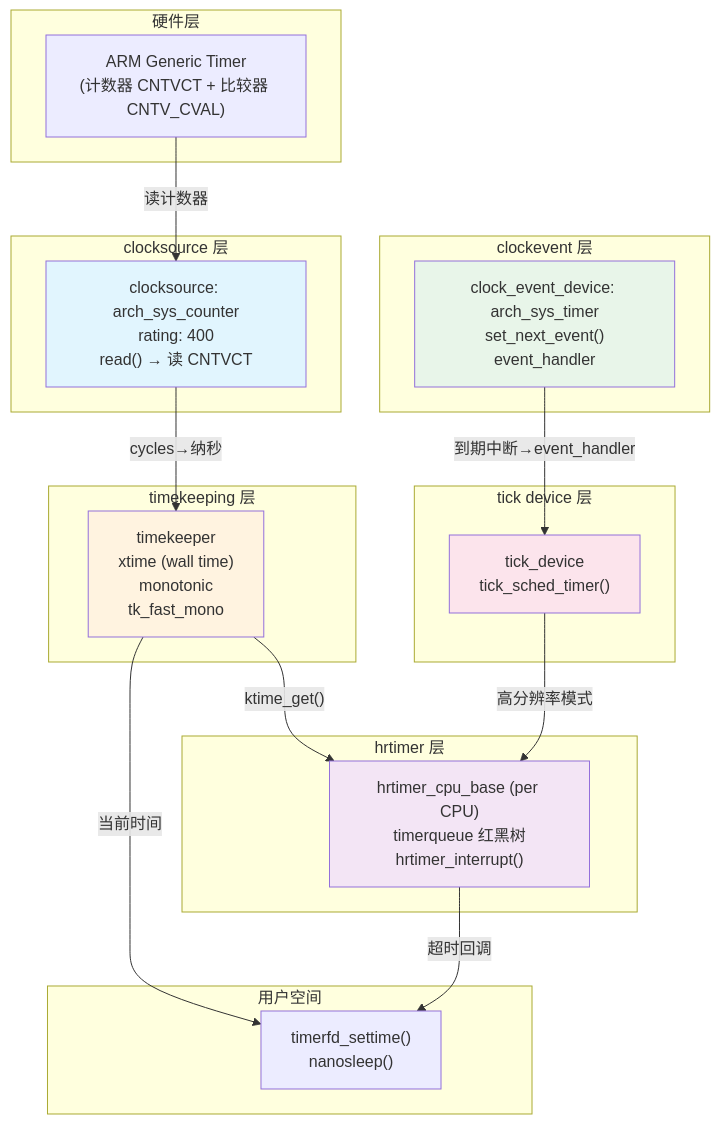
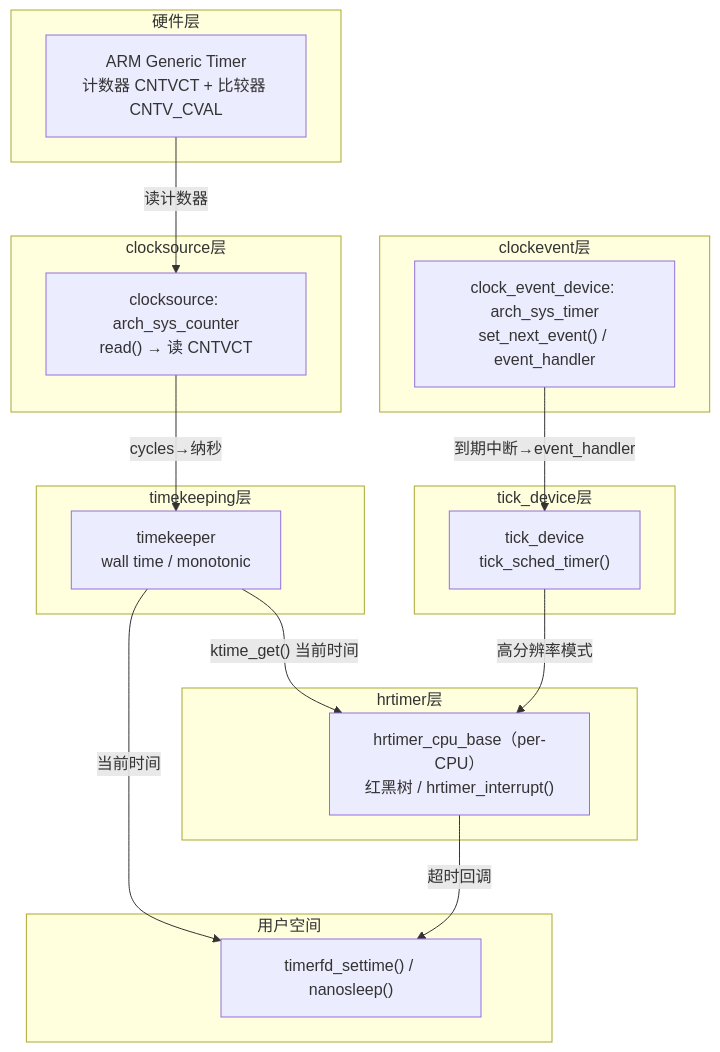
Before and after one commit to xiaohong0925/Embedded_Knowledge_System_V2026: the diagram in docs/02-核心机制深度解析/第10章 中断与时间/10.5.2_时间子系统分层架构.md, drawn with Mermaid. The commit also changed other lines of this file and 4 other files, not shown here.

````diff
--- a/docs/02-核心机制深度解析/第10章 中断与时间/10.5.2_时间子系统分层架构.md
+++ b/docs/02-核心机制深度解析/第10章 中断与时间/10.5.2_时间子系统分层架构.md
@@ -50,44 +60,38 @@
 ```mermaid
 graph TD
-    subgraph "硬件层"
-        HW["ARM Generic Timer<br/>(计数器 CNTVCT + 比较器 CNTV_CVAL)"]
+    subgraph 硬件层
+        HW["ARM Generic Timer<br/>计数器 CNTVCT + 比较器 CNTV_CVAL"]
     end
 
-    subgraph "clocksource 层"
-        CS["clocksource: arch_sys_counter<br/>rating: 400<br/>read() → 读 CNTVCT"]
+    subgraph clocksource层
+        CS["clocksource: arch_sys_counter<br/>read() → 读 CNTVCT"]
     end
 
-    subgraph "timekeeping 层"
-        TK["timekeeper<br/>xtime (wall time)<br/>monotonic<br/>tk_fast_mono"]
+    subgraph timekeeping层
+        TK["timekeeper<br/>wall time / monotonic"]
     end
 
-    subgraph "clockevent 层"
-        CE["clock_event_device: arch_sys_timer<br/>set_next_event()<br/>event_handler"]
+    subgraph clockevent层
+        CE["clock_event_device: arch_sys_timer<br/>set_next_event() / event_handler"]
     end
 
-    subgraph "tick device 层"
+    subgraph tick_device层
         TD["tick_device<br/>tick_sched_timer()"]
     end
 
-    subgraph "hrtimer 层"
-        HR["hrtimer_cpu_base (per CPU)<br/>timerqueue 红黑树<br/>hrtimer_interrupt()"]
+    subgraph hrtimer层
+        HR["hrtimer_cpu_base（per-CPU）<br/>红黑树 / hrtimer_interrupt()"]
     end
 
-    subgraph "用户空间"
-        US["timerfd_settime()<br/>nanosleep()"]
+    subgraph 用户空间
+        US["timerfd_settime() / nanosleep()"]
     end
 
     HW -->|"读计数器"| CS
     CS -->|"cycles→纳秒"| TK
-    TK -->|"ktime_get()"| HR
+    TK -->|"ktime_get() 当前时间"| HR
     TK -->|"当前时间"| US
     CE -->|"到期中断→event_handler"| TD
     TD -->|"高分辨率模式"| HR
     HR -->|"超时回调"| US
-
-    style CS fill:#e1f5fe
-    style TK fill:#fff3e0
-    style CE fill:#e8f5e9
-    style TD fill:#fce4ec
-    style HR fill:#f3e5f5
 ```
````
